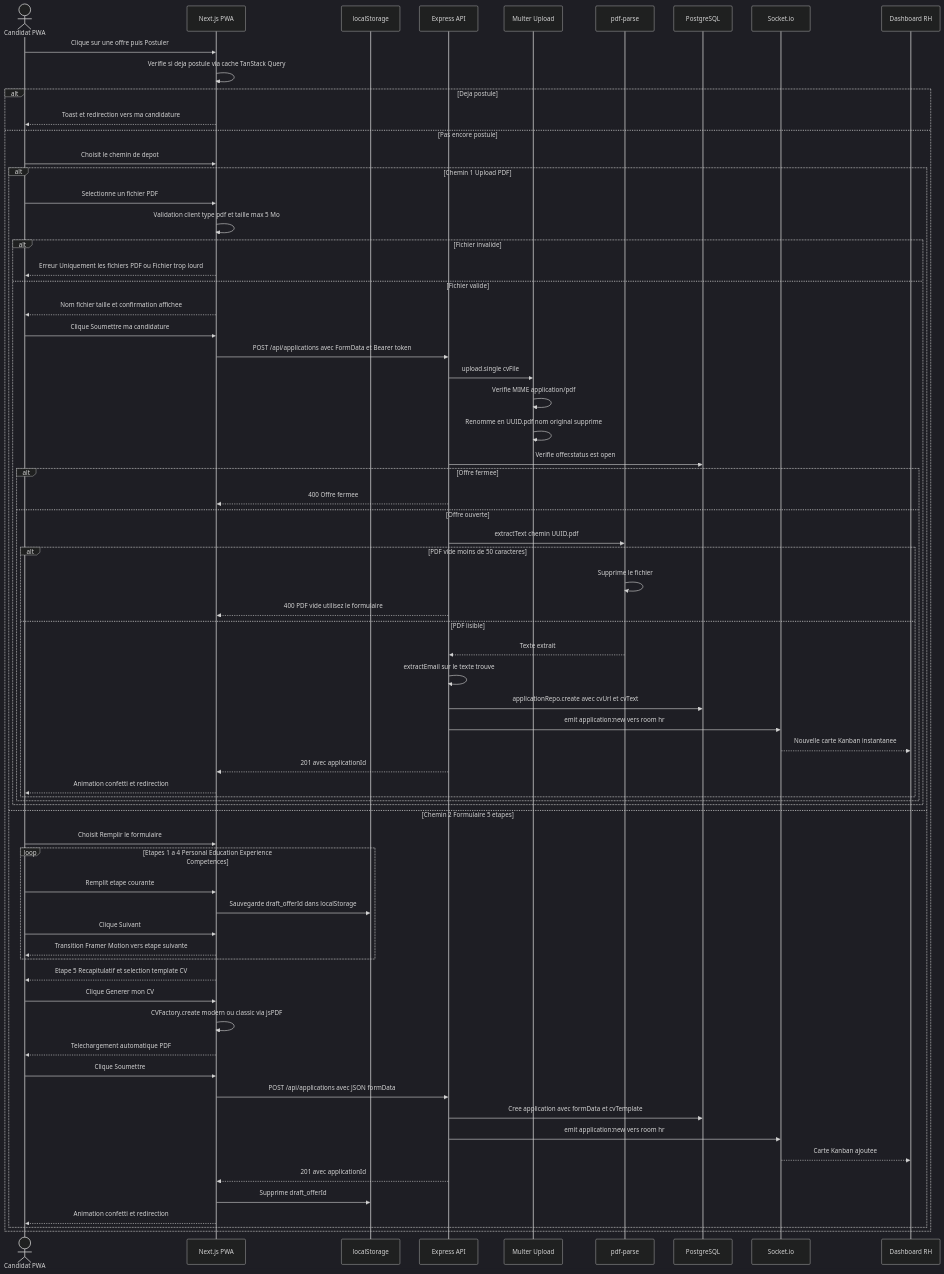
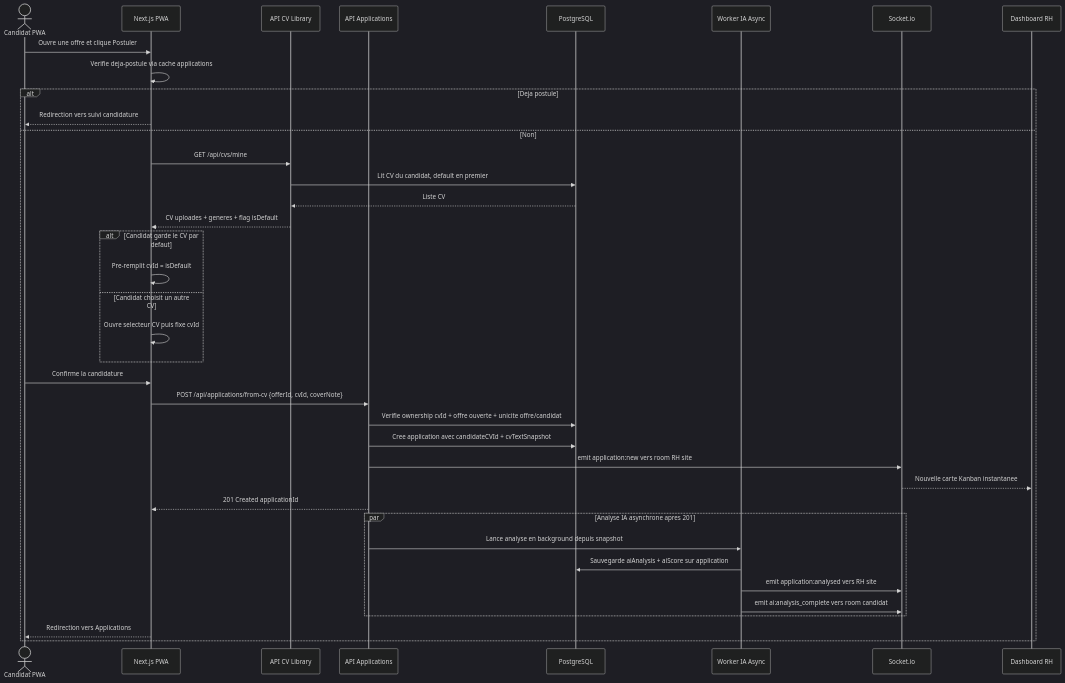
The diagram in diagramms/04_sequence_candidature.md (foudhilriahi/schulte), drawn with Mermaid (dark theme) before and after one commit. The commit also changed other lines of this file and 40 other files, not shown here.

First line of the commit message:
refactor: update Gantt roadmap and README for clarity and accuracy

````diff
--- a/diagramms/04_sequence_candidature.md
+++ b/diagramms/04_sequence_candidature.md
@@ -4,75 +4,46 @@
 ```mermaid
 sequenceDiagram
     actor Candidat as Candidat PWA
     participant PWA as Next.js PWA
-    participant LS as localStorage
-    participant Backend as Express API
-    participant Multer as Multer Upload
-    participant PDFParse as pdf-parse
+    participant CVAPI as API CV Library
+    participant APPAPI as API Applications
     participant DB as PostgreSQL
+    participant AI as Worker IA Async
     participant Socket as Socket.io
     participant RH as Dashboard RH
 
-    Candidat->>PWA: Clique sur une offre puis Postuler
-    PWA->>PWA: Verifie si deja postule via cache TanStack Query
+    Candidat->>PWA: Ouvre une offre et clique Postuler
+    PWA->>PWA: Verifie deja-postule via cache applications
 
     alt Deja postule
-        PWA-->>Candidat: Toast et redirection vers ma candidature
-    else Pas encore postule
-        Candidat->>PWA: Choisit le chemin de depot
+        PWA-->>Candidat: Redirection vers suivi candidature
+    else Non
+        PWA->>CVAPI: GET /api/cvs/mine
+        CVAPI->>DB: Lit CV du candidat, default en premier
+        DB-->>CVAPI: Liste CV
+        CVAPI-->>PWA: CV uploades + generes + flag isDefault
 
-        alt Chemin 1 Upload PDF
-            Candidat->>PWA: Selectionne un fichier PDF
-            PWA->>PWA: Validation client type pdf et taille max 5 Mo
-            alt Fichier invalide
-                PWA-->>Candidat: Erreur Uniquement les fichiers PDF ou Fichier trop lourd
-            else Fichier valide
-                PWA-->>Candidat: Nom fichier taille et confirmation affichee
-                Candidat->>PWA: Clique Soumettre ma candidature
-                PWA->>Backend: POST /api/applications avec FormData et Bearer token
-                Backend->>Multer: upload.single cvFile
-                Multer->>Multer: Verifie MIME application/pdf
-                Multer->>Multer: Renomme en UUID.pdf nom original supprime
-                Backend->>DB: Verifie offer.status est open
-                alt Offre fermee
-                    Backend-->>PWA: 400 Offre fermee
-                else Offre ouverte
-                    Backend->>PDFParse: extractText chemin UUID.pdf
-                    alt PDF vide moins de 50 caracteres
-                        PDFParse->>PDFParse: Supprime le fichier
-                        Backend-->>PWA: 400 PDF vide utilisez le formulaire
-                    else PDF lisible
-                        PDFParse-->>Backend: Texte extrait
-                        Backend->>Backend: extractEmail sur le texte trouve
-                        Backend->>DB: applicationRepo.create avec cvUrl et cvText
-                        Backend->>Socket: emit application:new vers room hr
-                        Socket-->>RH: Nouvelle carte Kanban instantanee
-                        Backend-->>PWA: 201 avec applicationId
-                        PWA-->>Candidat: Animation confetti et redirection
-                    end
-                end
-            end
+        alt Candidat garde le CV par defaut
+            PWA->>PWA: Pre-remplit cvId = isDefault
+        else Candidat choisit un autre CV
+            PWA->>PWA: Ouvre selecteur CV puis fixe cvId
+        end
 
-        else Chemin 2 Formulaire 5 etapes
-            Candidat->>PWA: Choisit Remplir le formulaire
-            loop Etapes 1 a 4 Personal Education Experience Competences
-                Candidat->>PWA: Remplit etape courante
-                PWA->>LS: Sauvegarde draft_offerId dans localStorage
-                Candidat->>PWA: Clique Suivant
-                PWA-->>Candidat: Transition Framer Motion vers etape suivante
-            end
-            PWA-->>Candidat: Etape 5 Recapitulatif et selection template CV
-            Candidat->>PWA: Clique Generer mon CV
-            PWA->>PWA: CVFactory.create modern ou classic via jsPDF
-            PWA-->>Candidat: Telechargement automatique PDF
-            Candidat->>PWA: Clique Soumettre
-            PWA->>Backend: POST /api/applications avec JSON formData
-            Backend->>DB: Cree application avec formData et cvTemplate
-            Backend->>Socket: emit application:new vers room hr
-            Socket-->>RH: Carte Kanban ajoutee
-            Backend-->>PWA: 201 avec applicationId
-            PWA->>LS: Supprime draft_offerId
-            PWA-->>Candidat: Animation confetti et redirection
+        Candidat->>PWA: Confirme la candidature
+        PWA->>APPAPI: POST /api/applications/from-cv {offerId, cvId, coverNote}
+        APPAPI->>DB: Verifie ownership cvId + offre ouverte + unicite offre/candidat
+        APPAPI->>DB: Cree application avec candidateCVId + cvTextSnapshot
+        APPAPI->>Socket: emit application:new vers room RH site
+        Socket-->>RH: Nouvelle carte Kanban instantanee
+        APPAPI-->>PWA: 201 Created applicationId
+
+        par Analyse IA asynchrone apres 201
+            APPAPI->>AI: Lance analyse en background depuis snapshot
+            AI->>DB: Sauvegarde aiAnalysis + aiScore sur application
+            AI->>Socket: emit application:analysed vers RH site
+            AI->>Socket: emit ai:analysis_complete vers room candidat
         end
+
+        PWA-->>Candidat: Redirection vers Applications
     end
 ```
````
